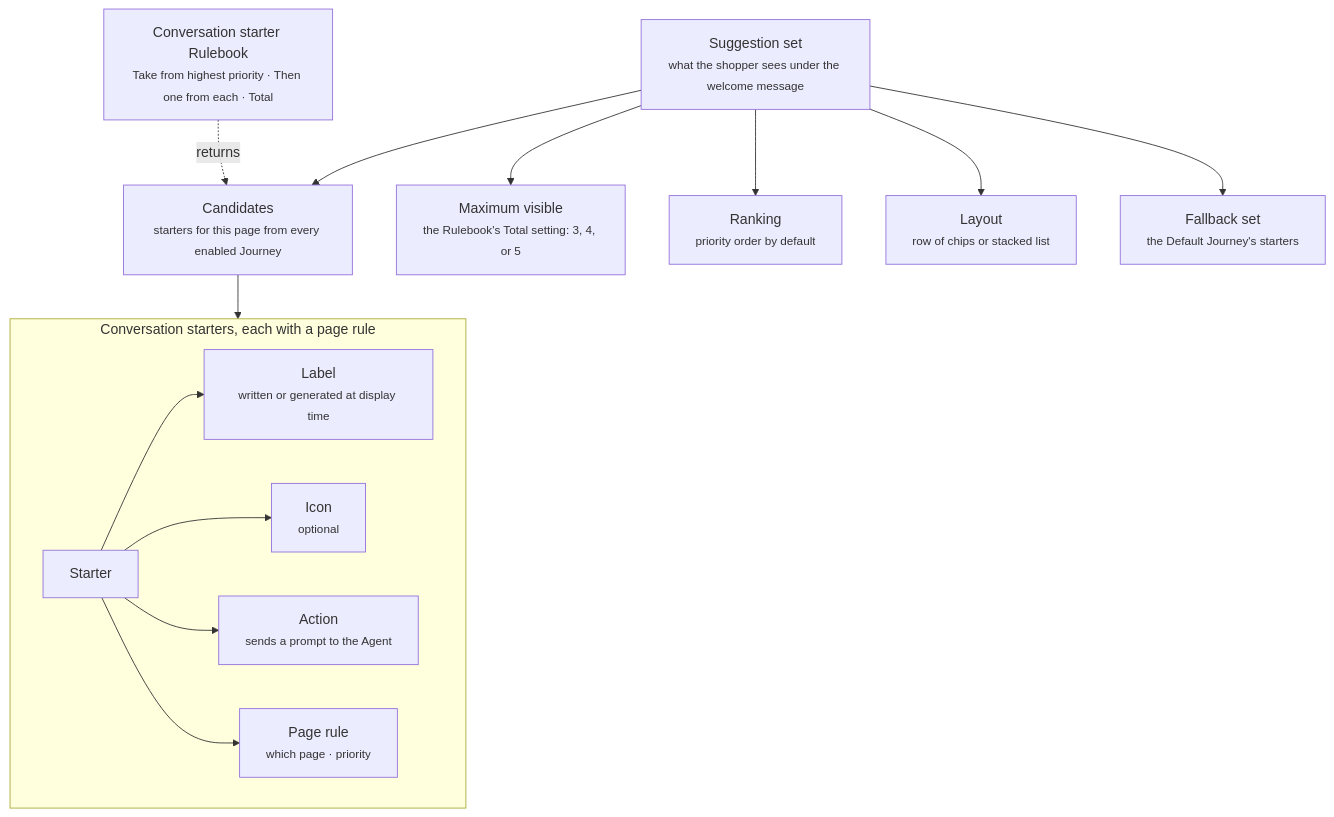
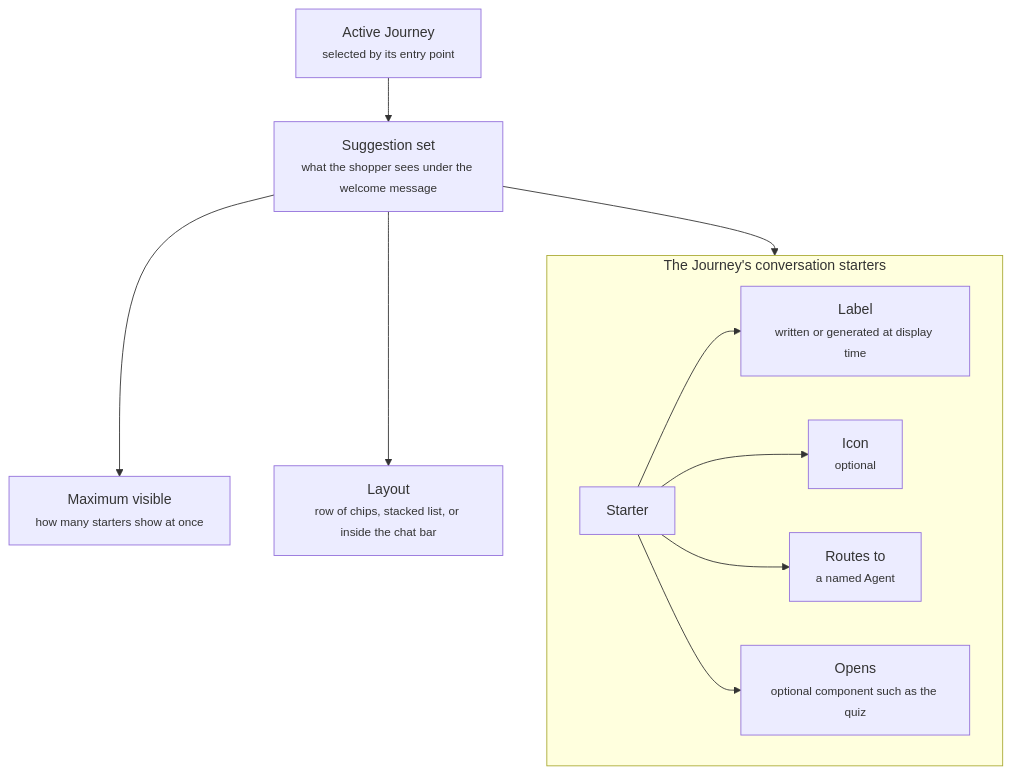
One commit to crossword-ai/docs changed the diagram in components/conversation/conversation-starter.mdx. Above: the diagram before and after it, drawn with Mermaid. The commit also changed other lines of this file and 89 other files, not shown here.

First line of the commit message:
docs: restructure around the Journey and Agent board, add screenshots

````diff
--- a/components/conversation/conversation-starter.mdx
+++ b/components/conversation/conversation-starter.mdx
@@ -12,19 +16,15 @@
 ```mermaid
 flowchart TB
-  SET["Suggestion set<br/><small>what the shopper sees under the welcome message</small>"]
-  SET --> CAND["Candidates<br/><small>starters for this page from every enabled Journey</small>"]
-  SET --> MAX["Maximum visible<br/><small>the Rulebook's Total setting: 3, 4, or 5</small>"]
-  SET --> RANK["Ranking<br/><small>priority order by default</small>"]
-  SET --> LAY["Layout<br/><small>row of chips or stacked list</small>"]
-  SET --> FB["Fallback set<br/><small>the Default Journey's starters</small>"]
-  CAND --> ST
-  subgraph ST["Conversation starters, each with a page rule"]
+  J["Active Journey<br/><small>selected by its entry point</small>"]
+  J --> SET["Suggestion set<br/><small>what the shopper sees under the welcome message</small>"]
+  SET --> MAX["Maximum visible<br/><small>how many starters show at once</small>"]
+  SET --> LAY["Layout<br/><small>row of chips, stacked list, or inside the chat bar</small>"]
+  SET --> ST
+  subgraph ST["The Journey's conversation starters"]
     S1["Starter"]
     S1 --> LB["Label<br/><small>written or generated at display time</small>"]
     S1 --> IC["Icon<br/><small>optional</small>"]
-    S1 --> AC["Action<br/><small>sends a prompt to the Agent</small>"]
-    S1 --> RU["Page rule<br/><small>which page · priority</small>"]
+    S1 --> AG["Routes to<br/><small>a named Agent</small>"]
+    S1 --> OP["Opens<br/><small>optional component such as the quiz</small>"]
   end
-  RB["Conversation starter Rulebook<br/><small>Take from highest priority · Then one from each · Total</small>"]
-  RB -. "returns" .-> CAND
 ```
````
